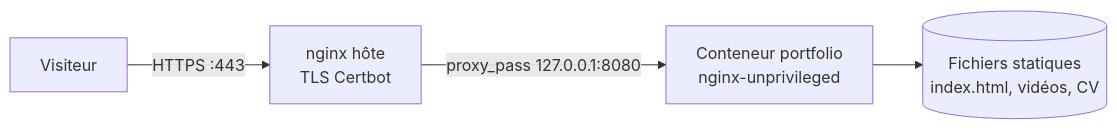
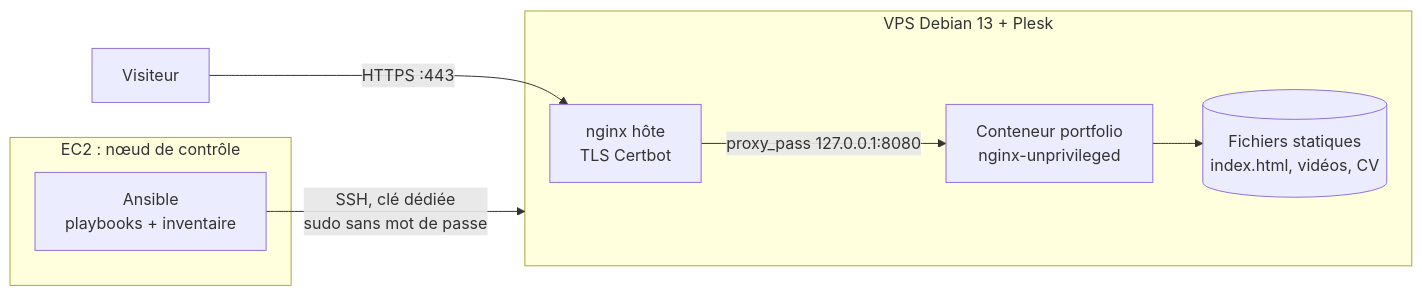
Before and after one commit to epierret/portfolio-iac: the diagram in README.md, drawn with Mermaid. The commit also changed other lines of this file, not shown here.

Commit message:
Documenter l'automatisation Ansible et mettre à jour l'architecture

````diff
--- a/README.md
+++ b/README.md
@@ -12,6 +13,12 @@
 ```mermaid
 flowchart LR
-    U[Visiteur] -->|HTTPS :443| N[nginx hôte<br/>TLS Certbot]
-    N -->|proxy_pass 127.0.0.1:8080| C[Conteneur portfolio<br/>nginx-unprivileged]
-    C --> F[(Fichiers statiques<br/>index.html, vidéos, CV)]
+    subgraph EC2[EC2 : nœud de contrôle]
+        A[Ansible<br/>playbooks + inventaire]
+    end
+    U[Visiteur] -->|HTTPS :443| N
+    subgraph VPS[VPS Debian 13 + Plesk]
+        N[nginx hôte<br/>TLS Certbot] -->|proxy_pass 127.0.0.1:8080| C[Conteneur portfolio<br/>nginx-unprivileged]
+        C --> F[(Fichiers statiques<br/>index.html, vidéos, CV)]
+    end
+    A -->|SSH, clé dédiée<br/>sudo sans mot de passe| VPS
 ```
````
